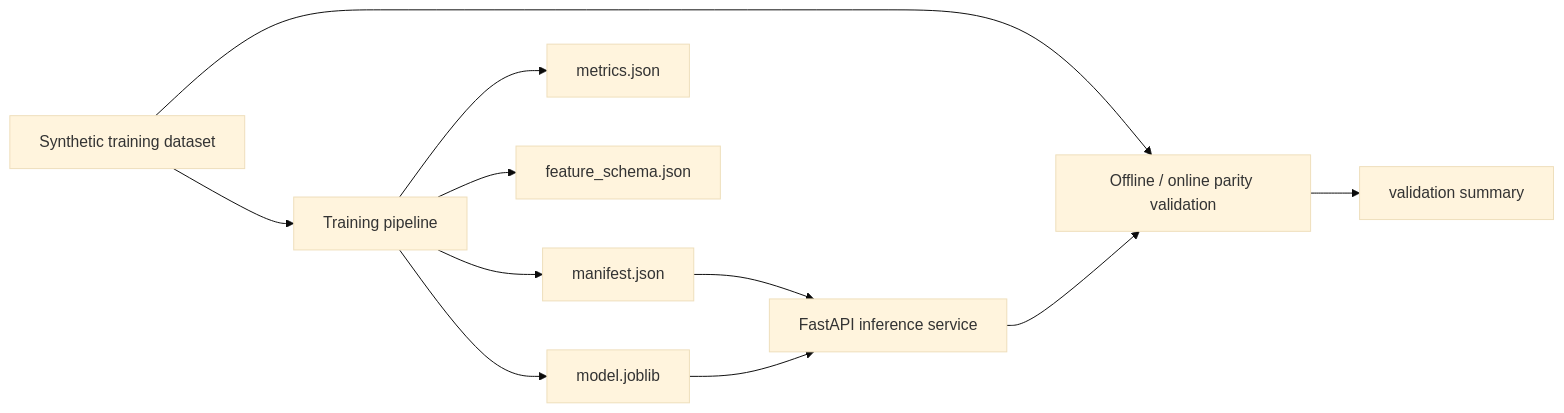
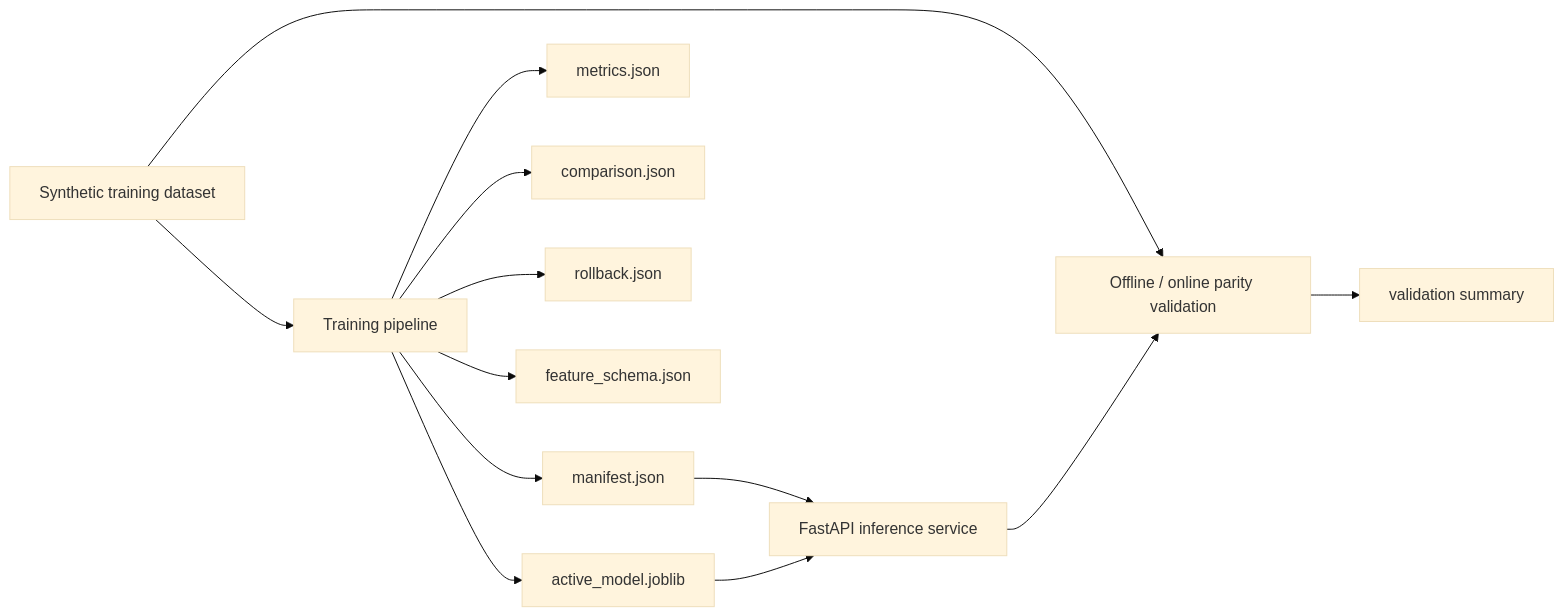
One commit to srn91/ml-training-serving-platform changed the diagram in README.md. Above: the diagram before and after it, drawn with Mermaid (base theme). The commit also changed other lines of this file and 8 other files, not shown here.

Commit message:
Add champion challenger model comparison

````diff
--- a/README.md
+++ b/README.md
@@ -34,13 +34,15 @@
 ```mermaid
 flowchart LR
     A["Synthetic training dataset"] --> B["Training pipeline"]
-    B --> C["model.joblib"]
+    B --> C["active_model.joblib"]
     B --> D["metrics.json"]
-    B --> E["feature_schema.json"]
-    B --> F["manifest.json"]
-    F --> G["FastAPI inference service"]
-    C --> G
-    A --> H["Offline / online parity validation"]
-    G --> H
-    H --> I["validation summary"]
+    B --> E["comparison.json"]
+    B --> F["rollback.json"]
+    B --> G["feature_schema.json"]
+    B --> H["manifest.json"]
+    H --> I["FastAPI inference service"]
+    C --> I
+    A --> J["Offline / online parity validation"]
+    I --> J
+    J --> K["validation summary"]
 ```
````
